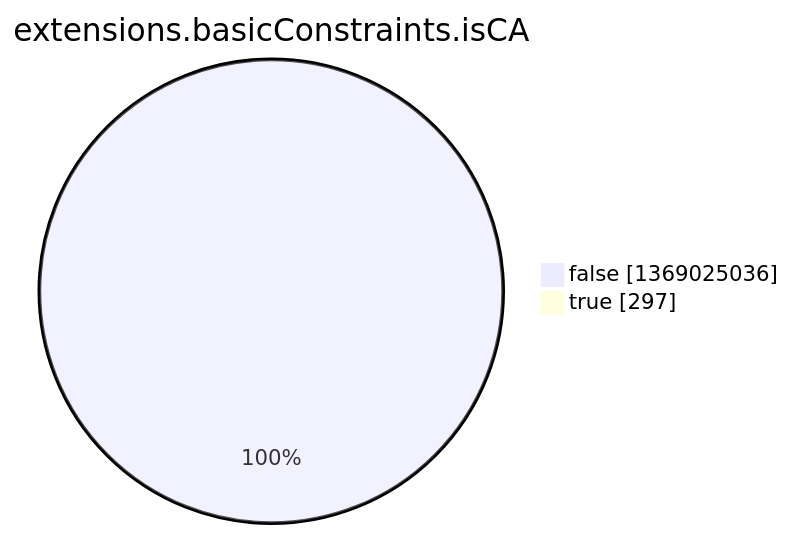
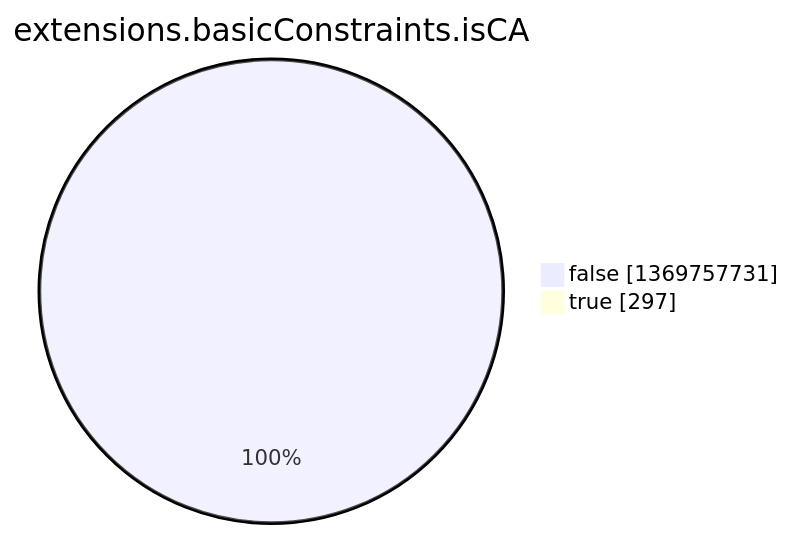
One commit to christiankrug/ctmonitor_visualization changed the eighth of 15 diagrams in argon2022/README.md. Above: the diagram before and after it, drawn with Mermaid. The commit also changed other lines of this file, not shown here.

````diff
--- a/argon2022/README.md
+++ b/argon2022/README.md
@@ -2759,6 +2759,6 @@
 ```mermaid
 pie showData
 title extensions.basicConstraints.isCA
-"false" :1369025036
+"false" :1369757731
 "true" :297
 ```
````
